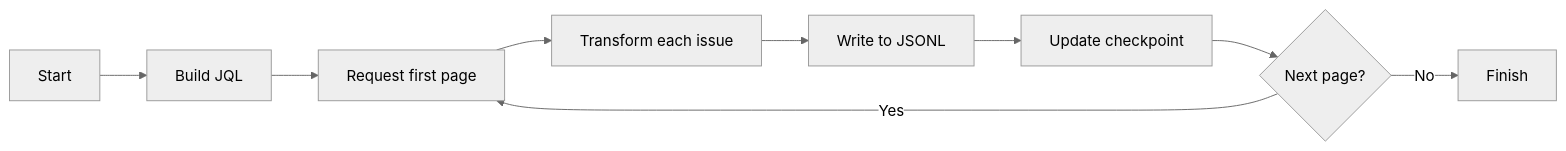
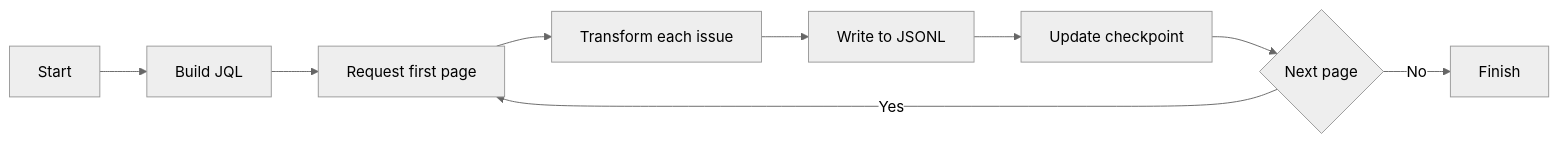
The third of 4 diagrams in README.md (shivamsbh/scraping-tool-for-jira-issues-of-public-apache-projects-), drawn with Mermaid (neutral theme) before and after one commit. The commit also changed other lines of this file, not shown here.

Commit message:
fixed mermaid error in readme

````diff
--- a/README.md
+++ b/README.md
@@ -99,11 +99,11 @@
 ```mermaid
 flowchart LR
     A[Start] --> B[Build JQL]
     B --> C[Request first page]
     C --> D[Transform each issue]
     D --> E[Write to JSONL]
     E --> F[Update checkpoint]
-    F --> G{Next page?}
+    F --> G{Next page}
     G -- Yes --> C
     G -- No --> H[Finish]
 ```
````
